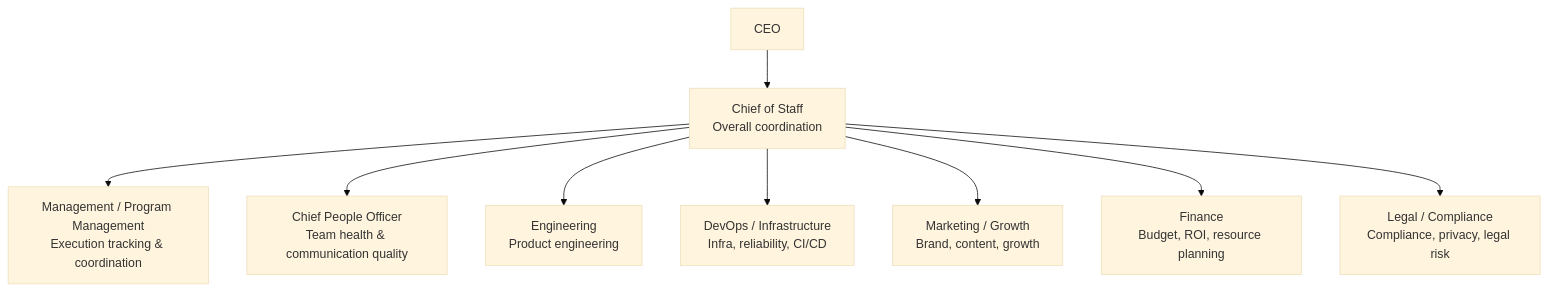
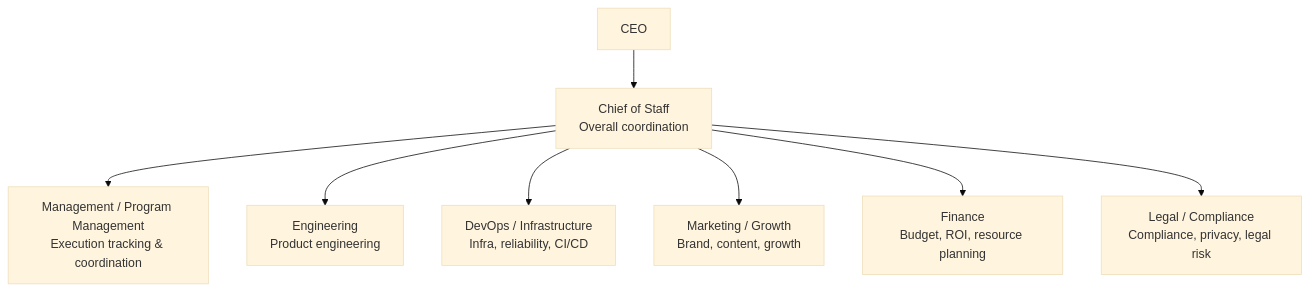
The first of 2 diagrams in README.md (ewangchong/h1bfriendly.com), drawn with Mermaid (base theme) before and after one commit. The commit also changed other lines of this file and 1 other file, not shown here.

Commit message:
docs: simplify public team narrative across readmes

````diff
--- a/README.md
+++ b/README.md
@@ -32,21 +31,19 @@
 ```mermaid
 graph TD
     CEO[CEO]
     COS[Chief of Staff\nOverall coordination]
     MGMT[Management / Program Management\nExecution tracking & coordination]
-    CPO[Chief People Officer\nTeam health & communication quality]
     ENG[Engineering\nProduct engineering]
     DEVOPS[DevOps / Infrastructure\nInfra, reliability, CI/CD]
     MKT[Marketing / Growth\nBrand, content, growth]
     FIN[Finance\nBudget, ROI, resource planning]
     LEGAL[Legal / Compliance\nCompliance, privacy, legal risk]
 
     CEO --> COS
     COS --> MGMT
-    COS --> CPO
     COS --> ENG
     COS --> DEVOPS
     COS --> MKT
     COS --> FIN
     COS --> LEGAL
 ```
````
